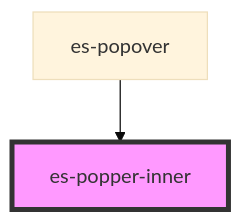
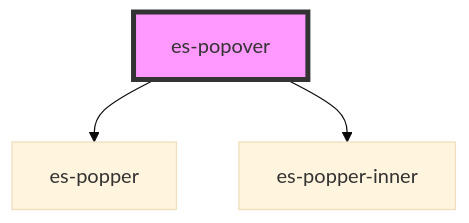
Before and after one commit to EventStore/Design-System: the diagram in packages/components/src/components/es-popover/readme.md, drawn with Mermaid (base theme). The commit also changed other lines of this file and 31 other files, not shown here.

````diff
--- a/packages/components/src/components/es-popover/readme.md
+++ b/packages/components/src/components/es-popover/readme.md
@@ -28,5 +39,6 @@
 ```mermaid
 graph TD;
+  es-popover --> es-popper
   es-popover --> es-popper-inner
-  style es-popper-inner fill:#f9f,stroke:#333,stroke-width:4px
+  style es-popover fill:#f9f,stroke:#333,stroke-width:4px
 ```
````
